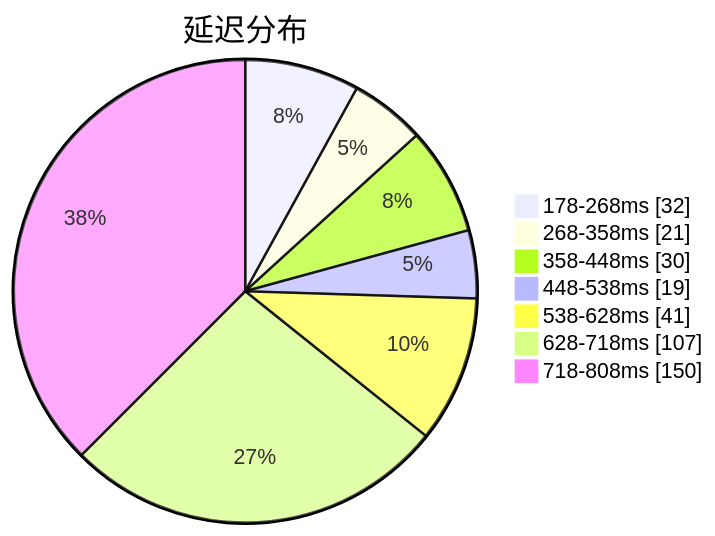
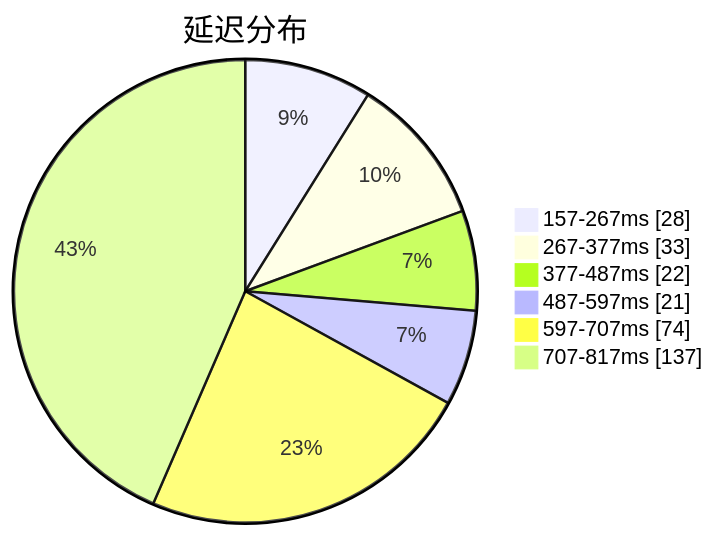
The first of 3 diagrams in subs/statistics/tested_within.md (qjlxg/airport), drawn with Mermaid before and after one commit. The commit also changed other lines of this file and 2 other files, not shown here.

````diff
--- a/subs/statistics/tested_within.md
+++ b/subs/statistics/tested_within.md
@@ -2,11 +2,10 @@
 ```mermaid
 pie showData
 title 延迟分布
-"178-268ms" : 32
-"268-358ms" : 21
-"358-448ms" : 30
-"448-538ms" : 19
-"538-628ms" : 41
-"628-718ms" : 107
-"718-808ms" : 150
+"157-267ms" : 28
+"267-377ms" : 33
+"377-487ms" : 22
+"487-597ms" : 21
+"597-707ms" : 74
+"707-817ms" : 137
 ```
````
